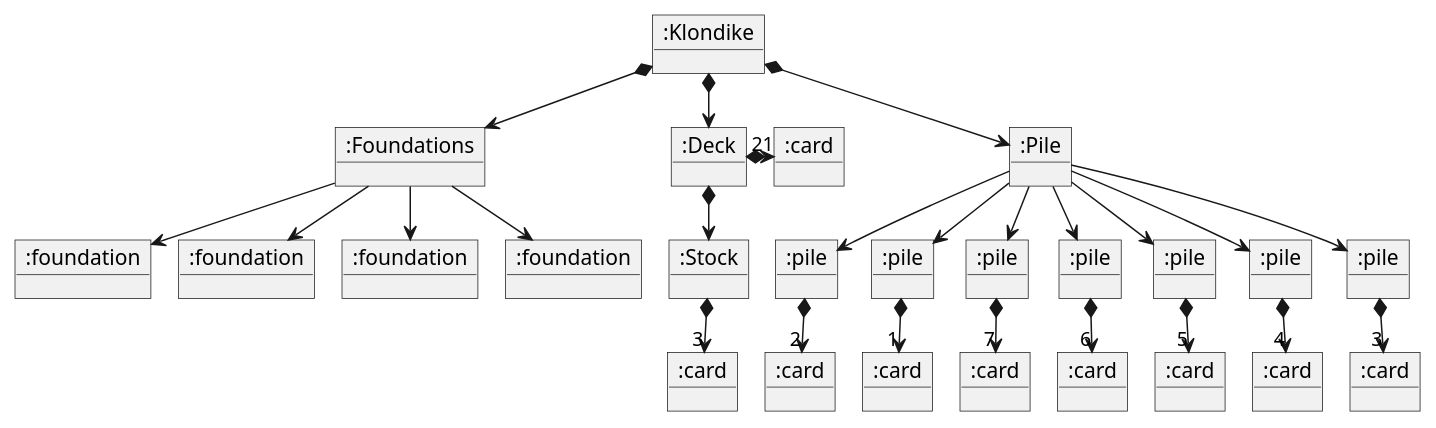
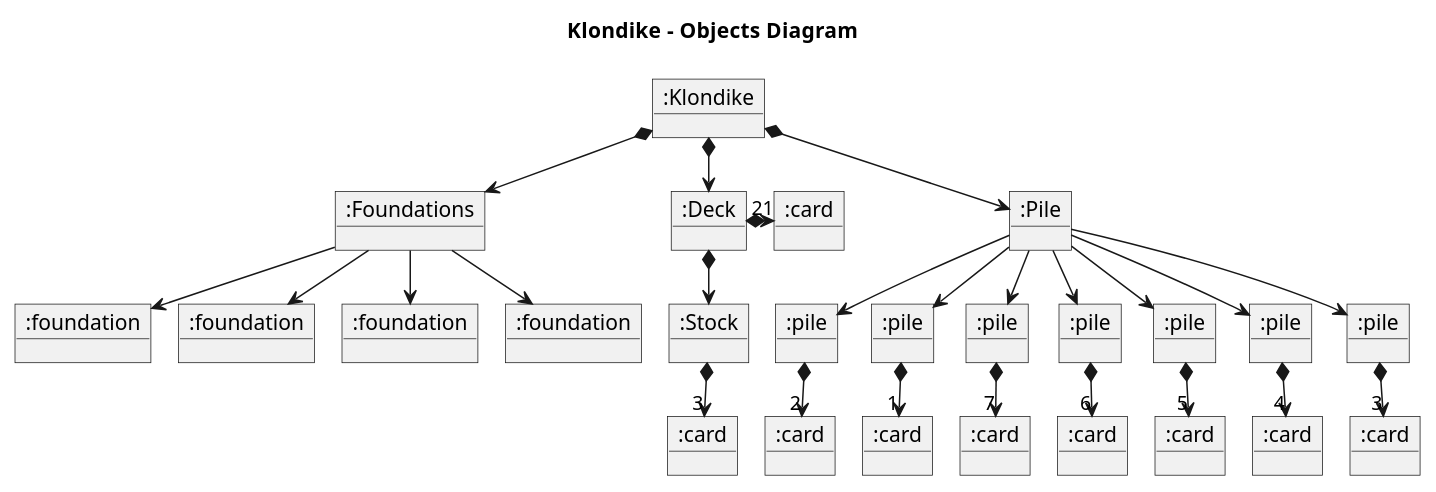
The diagram in 1 Modelo de Dominio/diagrama de objetos.plantuml (AngelOS95P/Maestria_IngSoftware_grupo6), drawn with PlantUML before and after one commit. The commit also changed 3 other files, not shown here.

```diff
--- a/1 Modelo de Dominio/diagrama de objetos.plantuml
+++ b/1 Modelo de Dominio/diagrama de objetos.plantuml
@@ -1,74 +1,76 @@
-@startuml initialState
+@startuml ObjectsDiagram
 !pragma layout smetana
+title Klondike  - Objects Diagram
+
 object ":Klondike" as Klondike
 object ":Deck" as Deck
 object ":Stock" as Stock
 object ":Pile" as Pile
 object ":Foundations" as Foundation
 
 together {
     object ":pile" as Pile1
     object ":pile" as Pile2
     object ":pile" as Pile3
     object ":pile" as Pile4
     object ":pile" as Pile5
     object ":pile" as Pile6
     object ":pile" as Pile7
 }
 
 together {
     object ":foundation" as Foundation1
     object ":foundation" as Foundation2
     object ":foundation" as Foundation3
     object ":foundation" as Foundation4
 }
 
 together {
     object ":card" as Card1
     object ":card" as Card2
     object ":card" as Card3
     object ":card" as Card4
     object ":card" as Card5
     object ":card" as Card6
     object ":card" as Card7
     object ":card" as Card8
     object ":card" as Card9
 }
 
 Klondike *-down-> Deck
 Deck *-left-> "21" Card8
 
 Deck *-down-> Stock
 Stock *-down-> "3" Card9
 
 Klondike *-down-> Pile
 
 Pile -->  Pile7
 Pile7 *-down-> "1" Card7
 
 Pile -->  Pile6
 Pile6 *-down-> "2" Card6
 
 Pile -->  Pile5
 Pile5 *-down-> "3" Card5
 
 Pile -->  Pile4
 Pile4 *-down-> "4" Card4
 
 Pile -->  Pile3
 Pile3 *-down-> "5" Card3
 
 Pile -->  Pile2
 Pile2 *-down-> "6" Card2
 
 Pile -->  Pile1
 Pile1 *-down-> "7" Card1
 
 Klondike *-down-> Foundation
 
 Foundation -->  Foundation1
 Foundation -->  Foundation2
 Foundation -->  Foundation3
 Foundation -->  Foundation4
 
 @enduml
```
